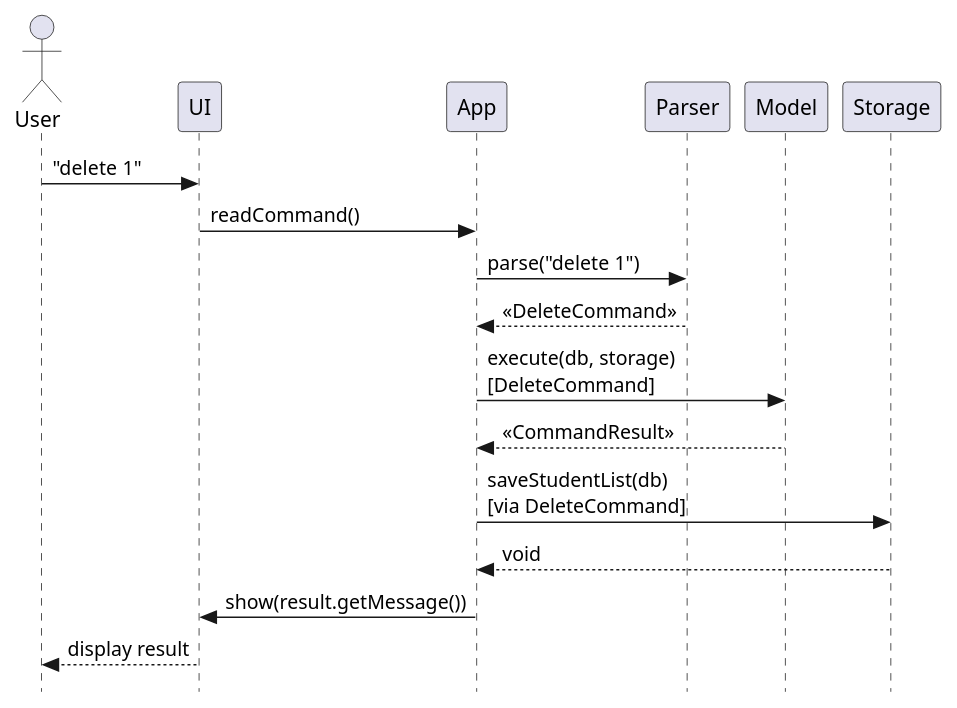
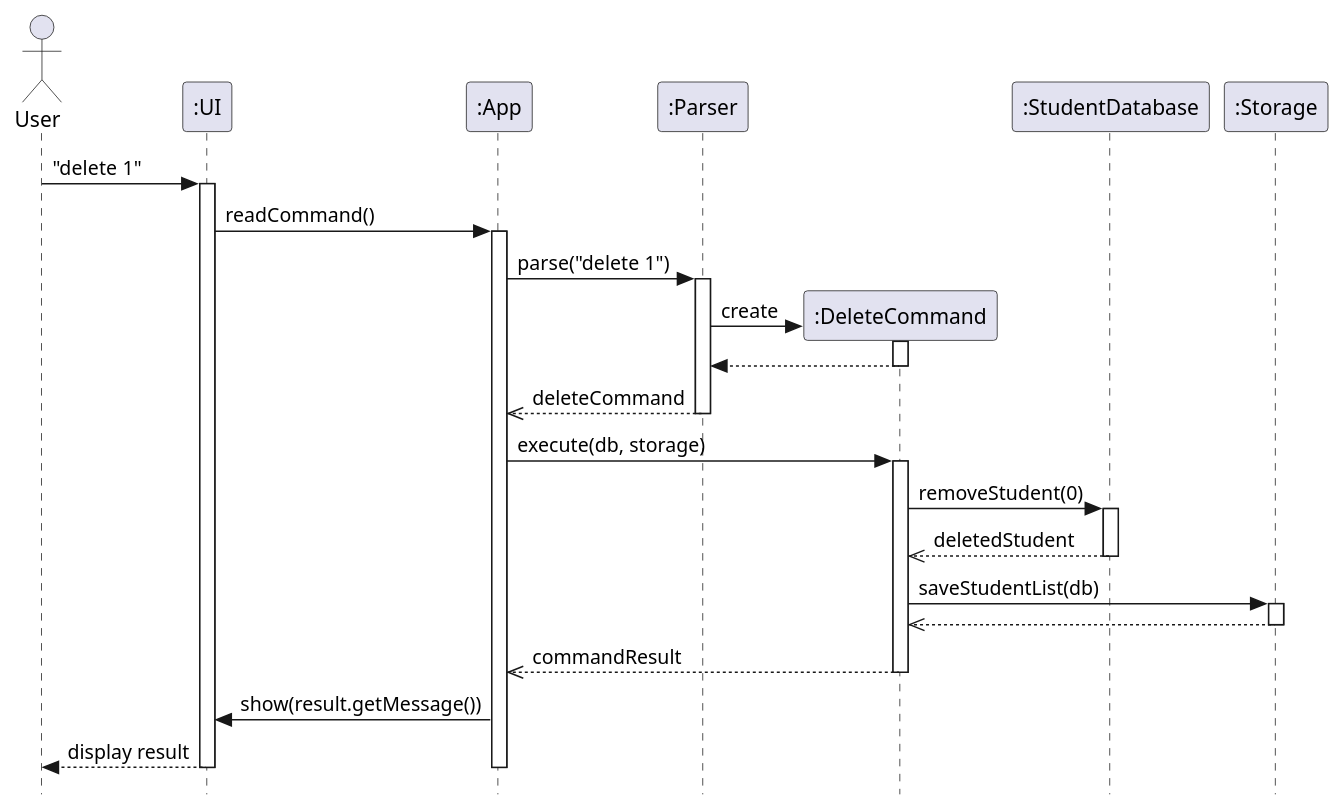
One commit to AgaraNUS/tp changed the diagram in docs/diagrams/ArchitectureSequence.puml. Above: the diagram before and after it, drawn with PlantUML. The commit also changed 14 other files, not shown here.

```diff
--- a/docs/diagrams/ArchitectureSequence.puml
+++ b/docs/diagrams/ArchitectureSequence.puml
@@ -1,15 +1,44 @@
 @startuml ArchitectureSequence
 skinparam style strictuml
 actor User
 
+participant ":UI" as UI
+participant ":App" as App
+participant ":Parser" as Parser
+participant ":DeleteCommand" as DeleteCommand
+participant ":StudentDatabase" as Model
+participant ":Storage" as Storage
+
 User -> UI : "delete 1"
+activate UI
 UI -> App : readCommand()
+activate App
 App -> Parser : parse("delete 1")
-Parser --> App : <<DeleteCommand>>
-App -> Model : execute(db, storage)\n[DeleteCommand]
-Model --> App : <<CommandResult>>
-App -> Storage : saveStudentList(db)\n[via DeleteCommand]
-Storage --> App : void
+activate Parser
+Parser -> DeleteCommand ** : create
+activate DeleteCommand
+DeleteCommand --> Parser
+deactivate DeleteCommand
+Parser -->> App : deleteCommand
+deactivate Parser
+
+App -> DeleteCommand : execute(db, storage)
+activate DeleteCommand
+DeleteCommand -> Model : removeStudent(0)
+activate Model
+Model -->> DeleteCommand : deletedStudent
+deactivate Model
+
+DeleteCommand -> Storage : saveStudentList(db)
+activate Storage
+Storage -->> DeleteCommand
+deactivate Storage
+
+DeleteCommand -->> App : commandResult
+deactivate DeleteCommand
+
 App -> UI : show(result.getMessage())
 UI --> User : display result
+deactivate App
+deactivate UI
 @enduml
```
